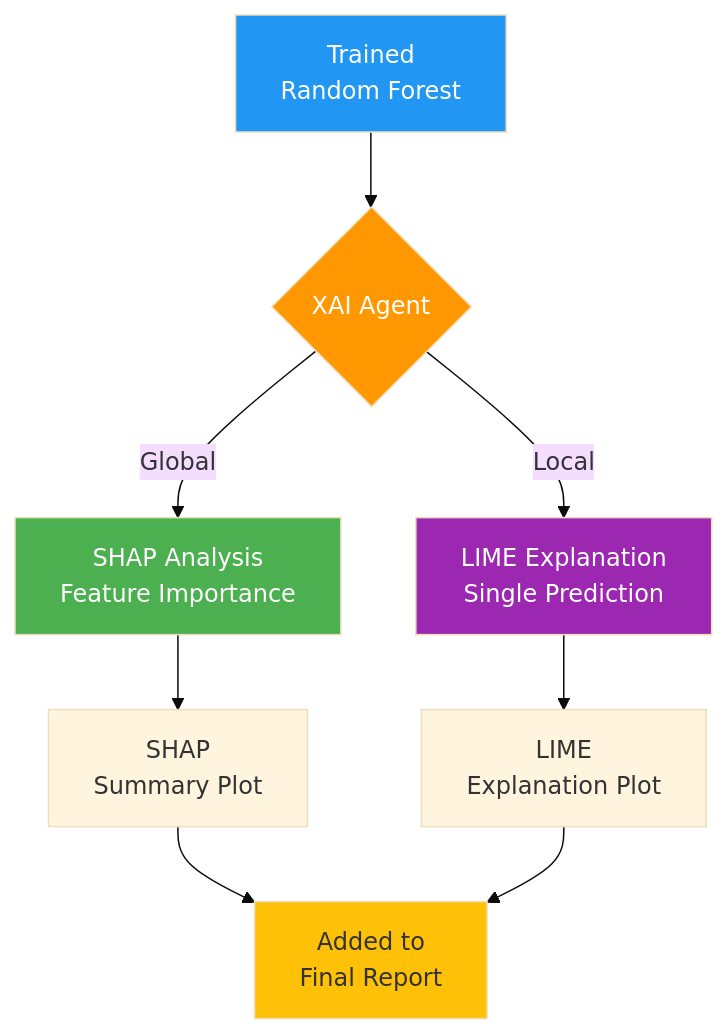
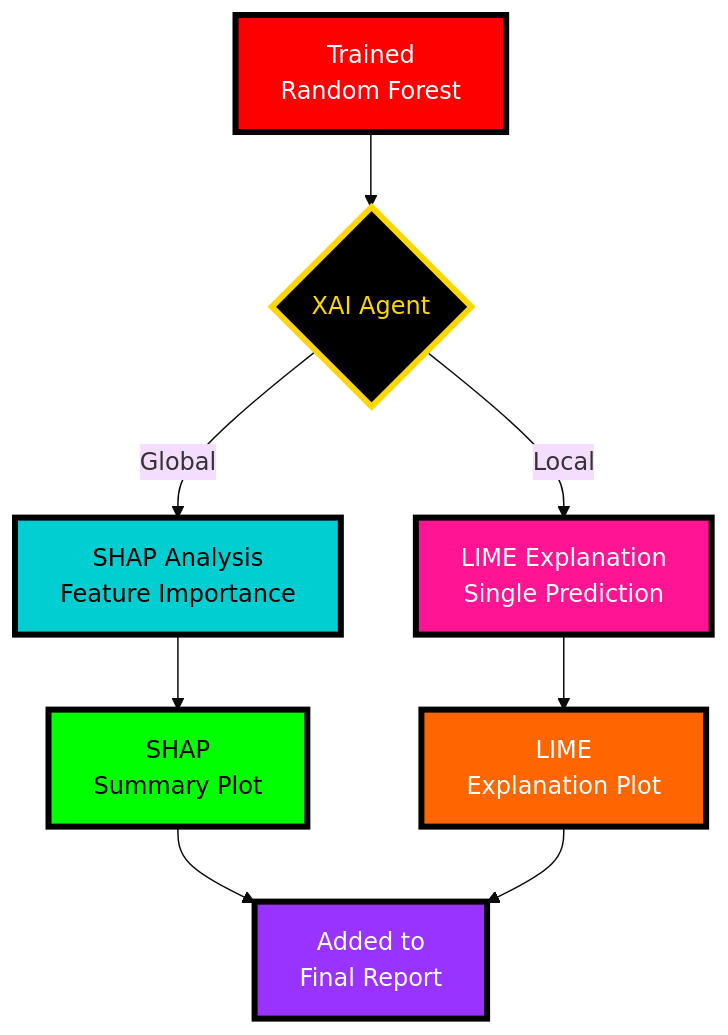
One commit to siddharth-narigra/crewai-eda-pipeline changed the fourth of 5 diagrams in diagram.md. Above: the diagram before and after it, drawn with Mermaid (base theme). The commit also changed other lines of this file, not shown here.

Commit message:
Details to the diagrams

````diff
--- a/diagram.md
+++ b/diagram.md
@@ -104,19 +112,21 @@
 ```mermaid
 flowchart TD
     Model[Trained<br/>Random Forest] --> XAI{XAI Agent}
     
     XAI -->|Global| SHAP[SHAP Analysis<br/>Feature Importance]
     XAI -->|Local| LIME[LIME Explanation<br/>Single Prediction]
     
     SHAP --> Plot1[SHAP<br/>Summary Plot]
     LIME --> Plot2[LIME<br/>Explanation Plot]
     
     Plot1 --> Report[Added to<br/>Final Report]
     Plot2 --> Report
     
-    style Model fill:#2196F3,color:#fff
-    style XAI fill:#FF9800,color:#fff
-    style SHAP fill:#4CAF50,color:#fff
-    style LIME fill:#9C27B0,color:#fff
-    style Report fill:#FFC107
+    style Model fill:#FF0000,stroke:#000,stroke-width:4px,color:#fff
+    style XAI fill:#000,stroke:#FFD700,stroke-width:4px,color:#FFD700
+    style SHAP fill:#00CED1,stroke:#000,stroke-width:4px,color:#000
+    style LIME fill:#FF1493,stroke:#000,stroke-width:4px,color:#fff
+    style Plot1 fill:#00FF00,stroke:#000,stroke-width:4px,color:#000
+    style Plot2 fill:#FF6600,stroke:#000,stroke-width:4px,color:#fff
+    style Report fill:#9933FF,stroke:#000,stroke-width:4px,color:#fff
 ```
````
